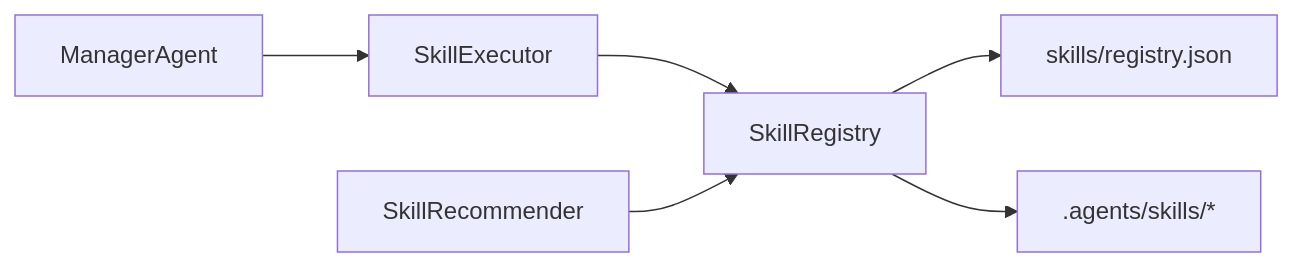
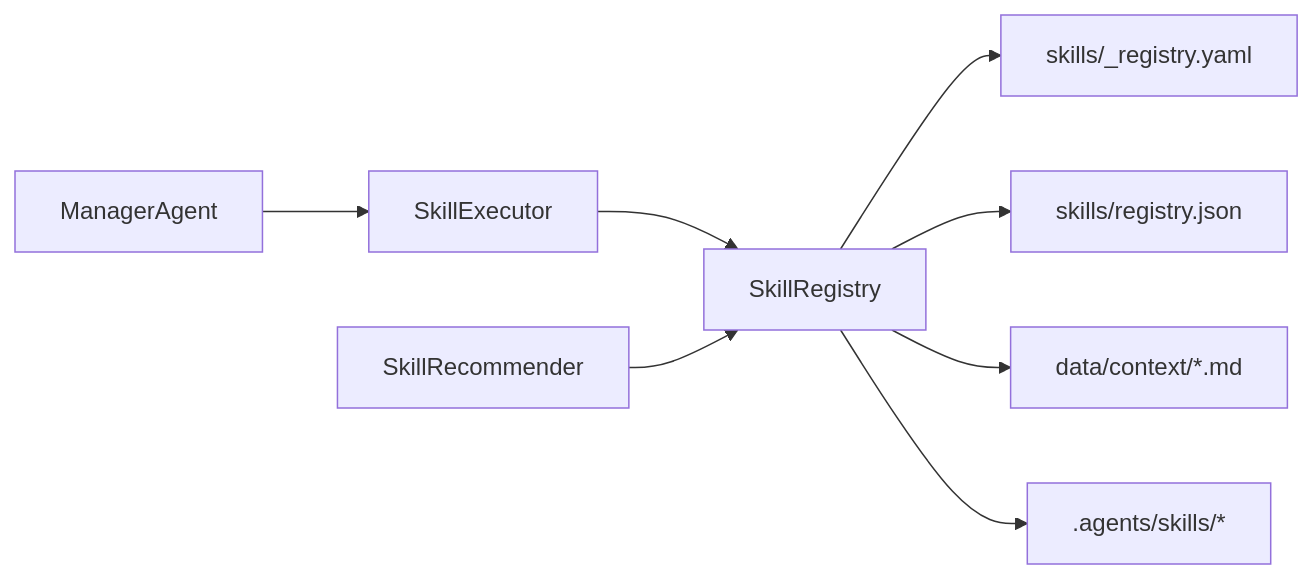
The fifth of 5 diagrams in .qoder/repowiki/zh/content/核心业务模块/技能管理系统/技能管理系统.md (angledick/-), drawn with Mermaid before and after one commit. The commit also changed other lines of this file and 770 other files, not shown here.

````diff
--- a/.qoder/repowiki/zh/content/核心业务模块/技能管理系统/技能管理系统.md
+++ b/.qoder/repowiki/zh/content/核心业务模块/技能管理系统/技能管理系统.md
@@ -234,8 +268,10 @@
 ```mermaid
 graph LR
 MA["ManagerAgent"] --> SE["SkillExecutor"]
 SE --> SR["SkillRegistry"]
 RE["SkillRecommender"] --> SR
-SR --> CFG["skills/registry.json"]
+SR --> YAML["skills/_registry.yaml"]
+SR --> JSON["skills/registry.json"]
+SR --> CTX["data/context/*.md"]
 SR --> ASSET[".agents/skills/*"]
 ```
````
